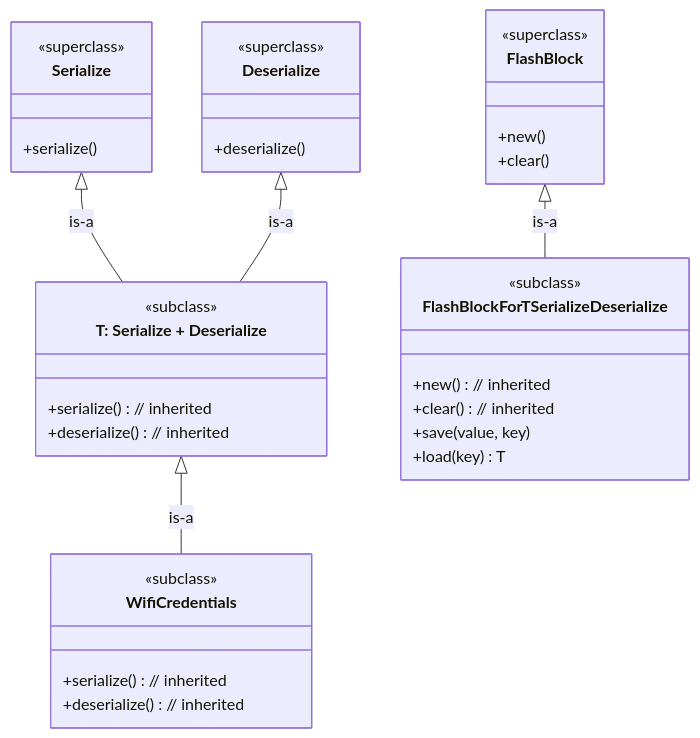
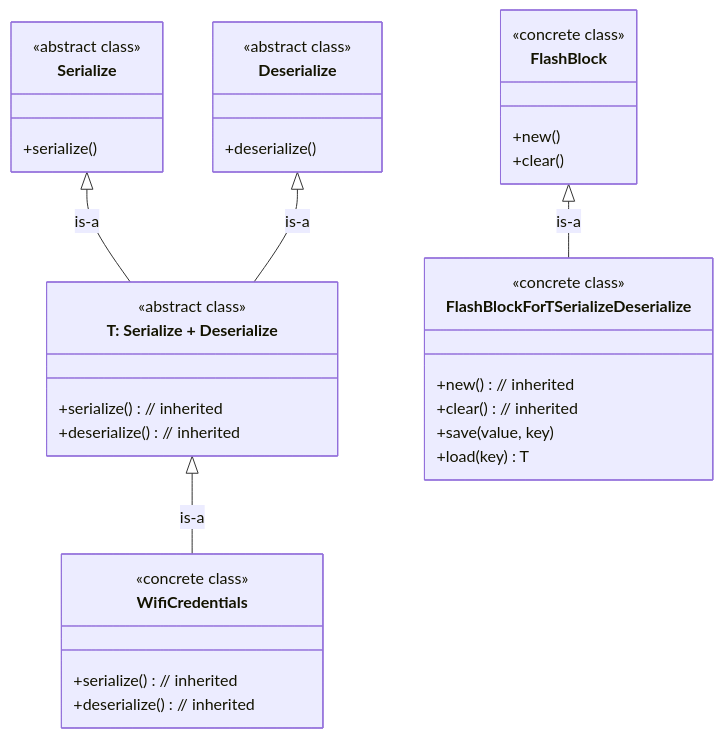
The diagram in examples/9_puzzle.md (CarlKCarlK/inherit), drawn with Mermaid before and after one commit. The commit also changed 8 other files, not shown here.

````diff
--- a/examples/9_puzzle.md
+++ b/examples/9_puzzle.md
@@ -5,45 +5,45 @@
 ```mermaid
 classDiagram
     direction TB
 
     class Serialize {
-        <<superclass>>
+        <<abstract class>>
         +serialize()
     }
 
     class Deserialize {
-        <<superclass>>
+        <<abstract class>>
         +deserialize()
     }
 
     class TConstrained["T: Serialize + Deserialize"] {
-        <<subclass>>
+        <<abstract class>>
         +serialize() // inherited
         +deserialize() // inherited
     }
 
     class WifiCredentials {
-        <<subclass>>
+        <<concrete class>>
         +serialize() // inherited
         +deserialize() // inherited
     }
 
     class FlashBlock {
-        <<superclass>>
+        <<concrete class>>
         +new()
         +clear()
     }
 
     class FlashBlockForTSerializeDeserialize {
-        <<subclass>>
+        <<concrete class>>
         +new() // inherited
         +clear() // inherited
         +save(value, key)
         +load(key) T
     }
 
     Serialize <|-- TConstrained : is-a
     Deserialize <|-- TConstrained : is-a
     TConstrained <|-- WifiCredentials : is-a
     FlashBlock <|-- FlashBlockForTSerializeDeserialize : is-a
 ```
````
